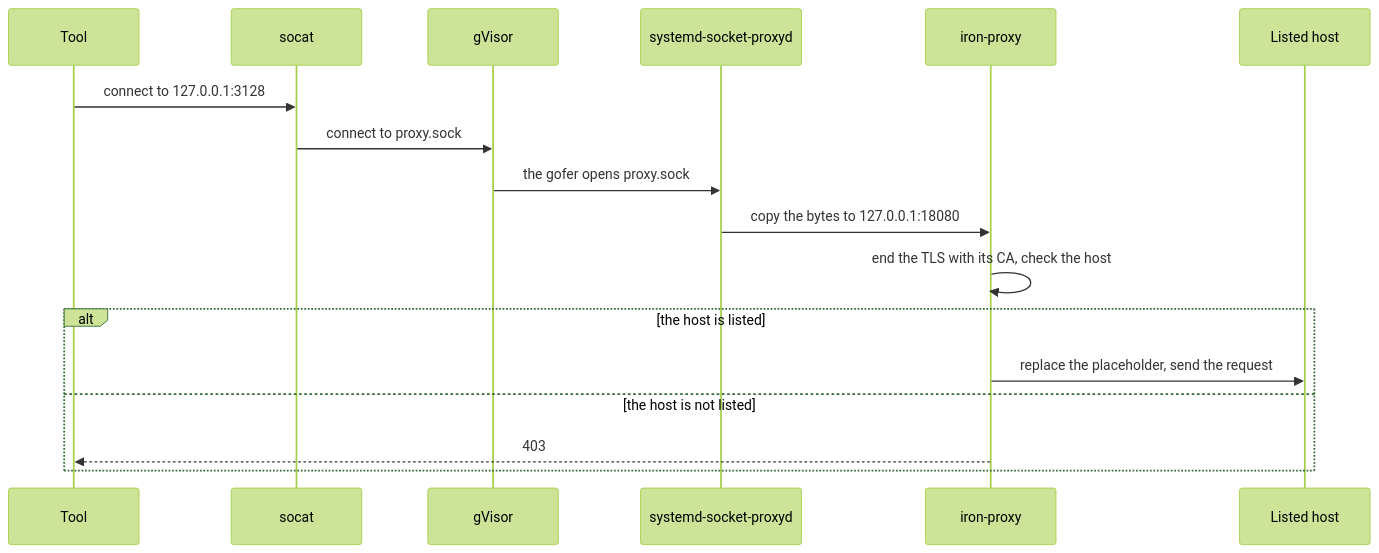
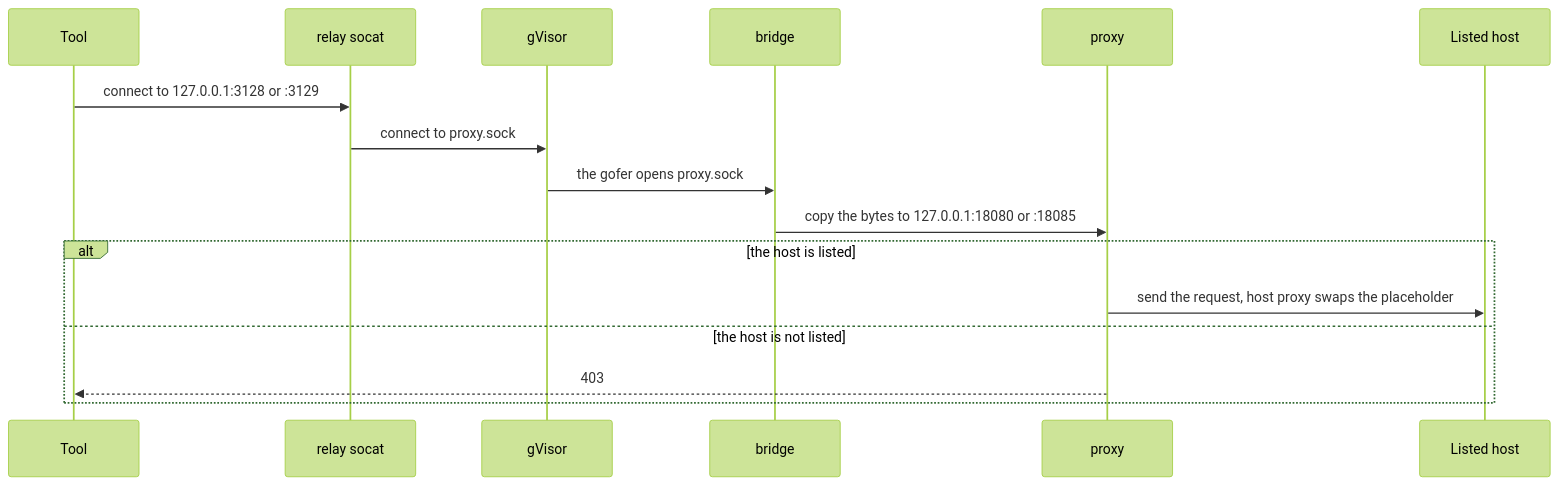
The fourth of 6 diagrams in .sandbox/docs/internals.md (raghav19/engineersdaybook), drawn with Mermaid (forest theme) before and after one commit. The commit also changed other lines of this file and 27 other files, not shown here.

````diff
--- a/.sandbox/docs/internals.md
+++ b/.sandbox/docs/internals.md
@@ -89,19 +113,18 @@
 ```mermaid
 sequenceDiagram
     participant Tool
-    participant Relay as socat
+    participant Relay as relay socat
     participant gVisor
-    participant Bridge as systemd-socket-proxyd
-    participant Proxy as iron-proxy
+    participant Bridge as bridge
+    participant Proxy as proxy
     participant Host as Listed host
-    Tool->>Relay: connect to 127.0.0.1:3128
+    Tool->>Relay: connect to 127.0.0.1:3128 or :3129
     Relay->>gVisor: connect to proxy.sock
     gVisor->>Bridge: the gofer opens proxy.sock
-    Bridge->>Proxy: copy the bytes to 127.0.0.1:18080
-    Proxy->>Proxy: end the TLS with its CA, check the host
+    Bridge->>Proxy: copy the bytes to 127.0.0.1:18080 or :18085
     alt the host is listed
-        Proxy->>Host: replace the placeholder, send the request
+        Proxy->>Host: send the request, host proxy swaps the placeholder
     else the host is not listed
         Proxy-->>Tool: 403
     end
 ```
````
